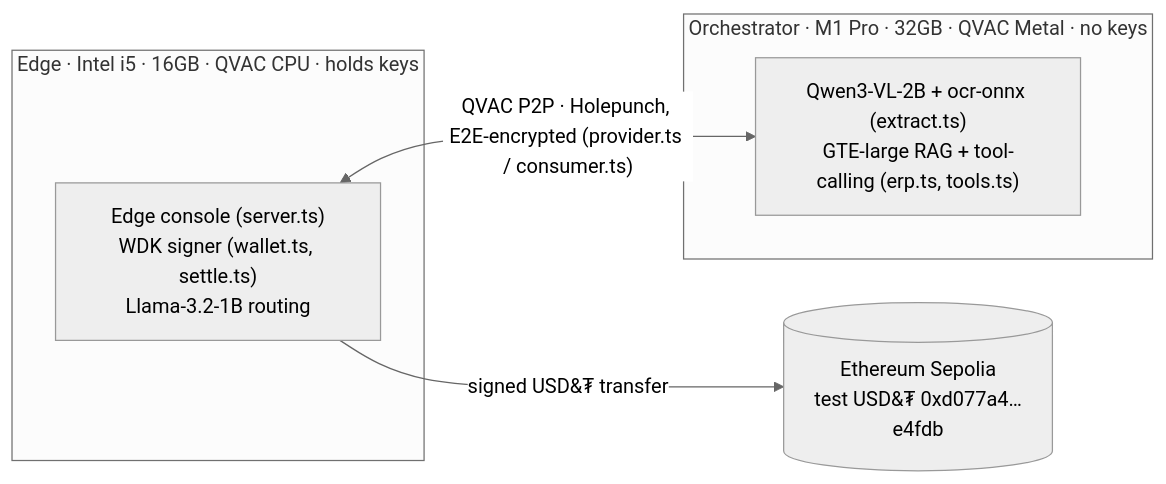
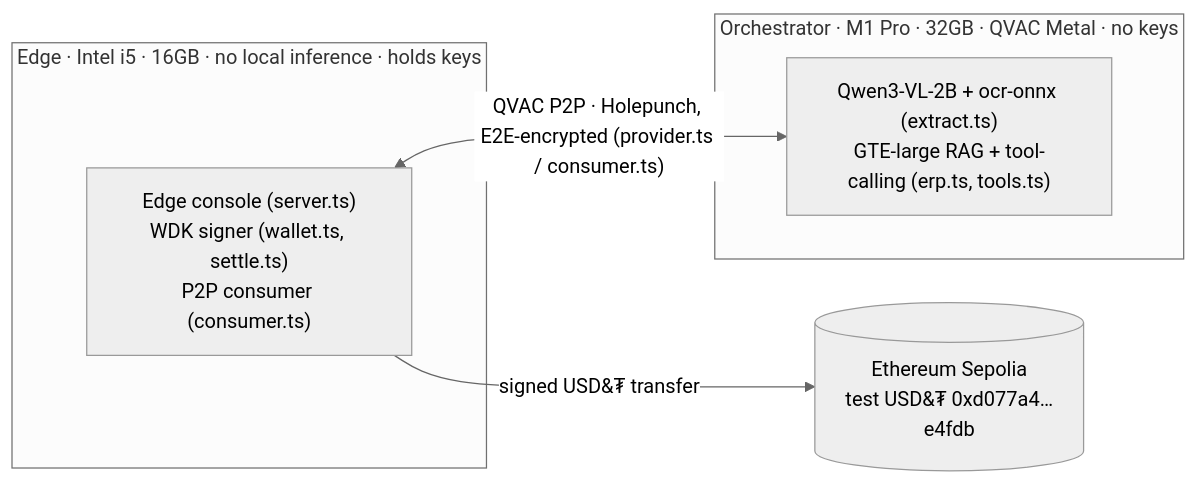
Before and after one commit to Saber1Y/busto: the first of 3 diagrams in ARCHITECTURE.md, drawn with Mermaid (neutral theme). The commit also changed other lines of this file and 2 other files, not shown here.

````diff
--- a/ARCHITECTURE.md
+++ b/ARCHITECTURE.md
@@ -9,11 +9,11 @@
 ```mermaid
 flowchart LR
-  subgraph Edge["Edge &middot; Intel i5 &middot; 16GB &middot; QVAC CPU &middot; holds keys"]
-    UI["Edge console (server.ts)<br/>WDK signer (wallet.ts, settle.ts)<br/>Llama-3.2-1B routing"]
+  subgraph Edge["Edge &middot; Intel i5 &middot; 16GB &middot; no local inference &middot; holds keys"]
+    UI["Edge console (server.ts)<br/>WDK signer (wallet.ts, settle.ts)<br/>P2P consumer (consumer.ts)"]
   end
   subgraph Orch["Orchestrator &middot; M1 Pro &middot; 32GB &middot; QVAC Metal &middot; no keys"]
     QV["Qwen3-VL-2B + ocr-onnx (extract.ts)<br/>GTE-large RAG + tool-calling (erp.ts, tools.ts)"]
   end
   UI <-->|"QVAC P2P &middot; Holepunch, E2E-encrypted (provider.ts / consumer.ts)"| QV
   UI -->|"signed USD&#8366; transfer"| SEP[("Ethereum Sepolia<br/>test USD&#8366; 0xd077a4&hellip;e4fdb")]
 ```
````
